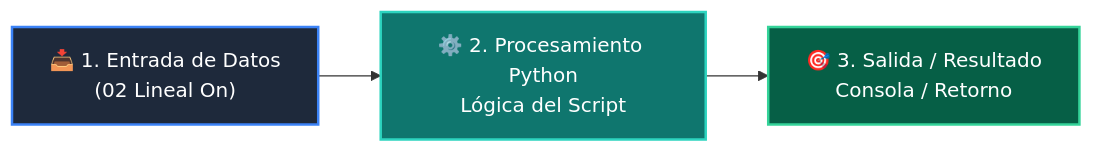
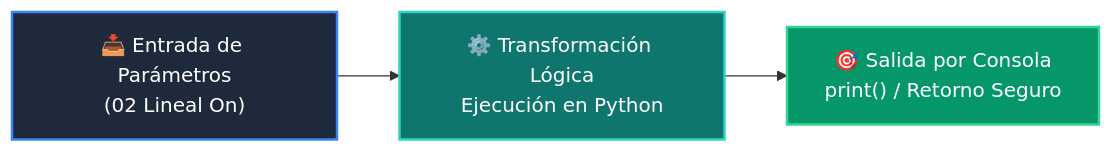
The diagram in 02-algoritmos-estructuras/clase-01-analisis-complejidad-big-o/ejemplos/ejemplo_02_lineal_on/README.md (wisrovi/wisrovi-python), drawn with Mermaid before and after one commit. The commit also changed other lines of this file and 226 other files, not shown here.

Commit message:
docs: elevate all repository READMEs to world-class mastery standard with rich pedagogical architecture, custom Mermaids, and professional styling

````diff
--- a/02-algoritmos-estructuras/clase-01-analisis-complejidad-big-o/ejemplos/ejemplo_02_lineal_on/README.md
+++ b/02-algoritmos-estructuras/clase-01-analisis-complejidad-big-o/ejemplos/ejemplo_02_lineal_on/README.md
@@ -12,9 +19,9 @@
 ```mermaid
 flowchart LR
-    A["📥 1. Entrada de Datos<br/>(02 Lineal On)"] --> B["⚙️ 2. Procesamiento Python<br/>Lógica del Script"]
-    B --> C["🎯 3. Salida / Resultado<br/>Consola / Retorno"]
+    A["📥 Entrada de Parámetros<br/>(02 Lineal On)"] --> B["⚙️ Transformación Lógica<br/>Ejecución en Python"]
+    B --> C["🎯 Salida por Consola<br/>print() / Retorno Seguro"]
 
-    style A fill:#1e293b,color:#fff,stroke:#3b82f6,stroke-width:2px
-    style B fill:#0f766e,color:#fff,stroke:#2dd4bf,stroke-width:2px
-    style C fill:#065f46,color:#fff,stroke:#34d399,stroke-width:2px
+    style A fill:#1e293b,color:#ffffff,stroke:#3b82f6,stroke-width:2px
+    style B fill:#0f766e,color:#ffffff,stroke:#2dd4bf,stroke-width:2px
+    style C fill:#059669,color:#ffffff,stroke:#34d399,stroke-width:2px
 ```
````
